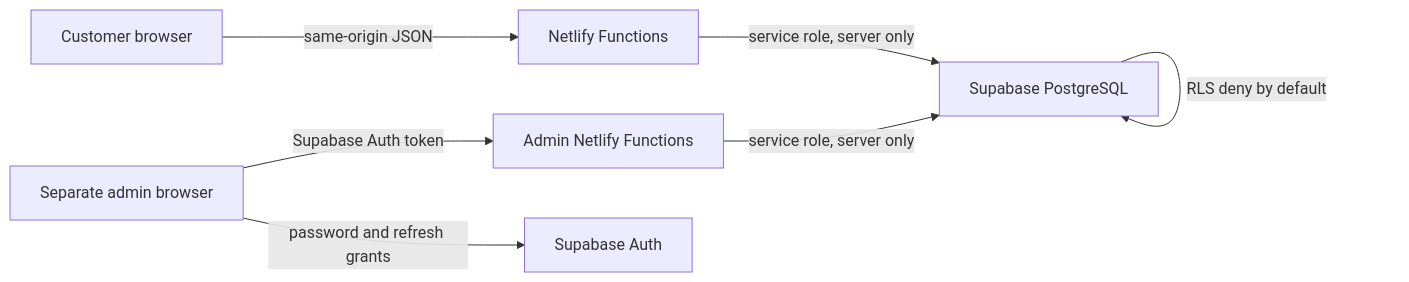
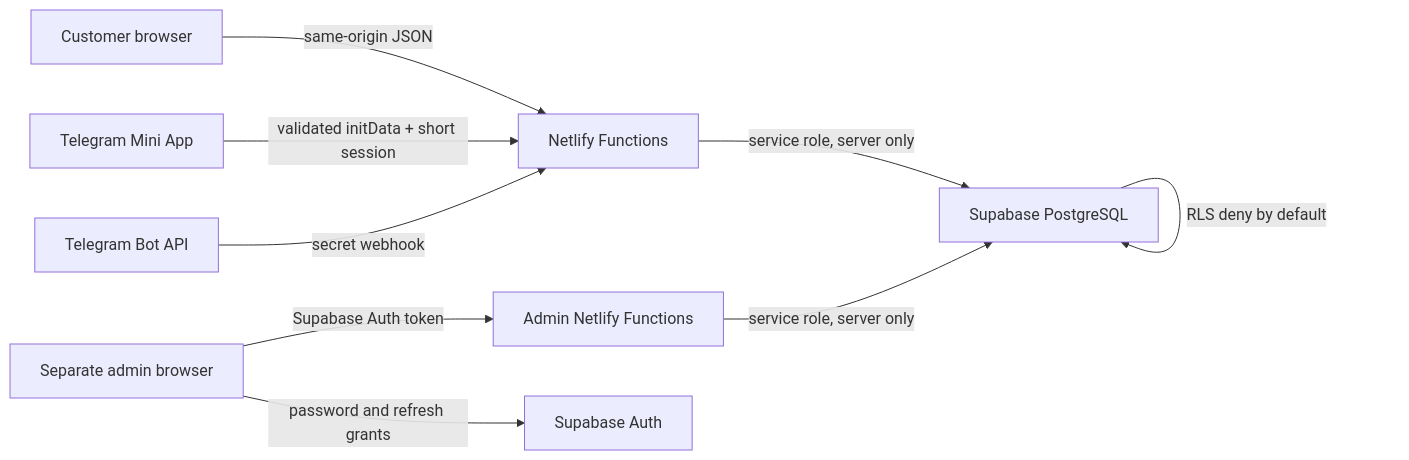
One commit to itzricik/auto-velora changed the diagram in README.md. Above: the diagram before and after it, drawn with Mermaid. The commit also changed other lines of this file and 35 other files, not shown here.

Commit message:
feat: add secure Telegram Mini App client

````diff
--- a/README.md
+++ b/README.md
@@ -9,9 +9,11 @@
 ```mermaid
 flowchart LR
   Customer[Customer browser] -->|same-origin JSON| Netlify[Netlify Functions]
+  Telegram[Telegram Mini App] -->|validated initData + short session| Netlify
+  Bot[Telegram Bot API] -->|secret webhook| Netlify
   Admin[Separate admin browser] -->|Supabase Auth token| AdminNetlify[Admin Netlify Functions]
   Admin -->|password and refresh grants| Auth[Supabase Auth]
   Netlify -->|service role, server only| Database[Supabase PostgreSQL]
   AdminNetlify -->|service role, server only| Database
   Database -->|RLS deny by default| Database
 ```
````
